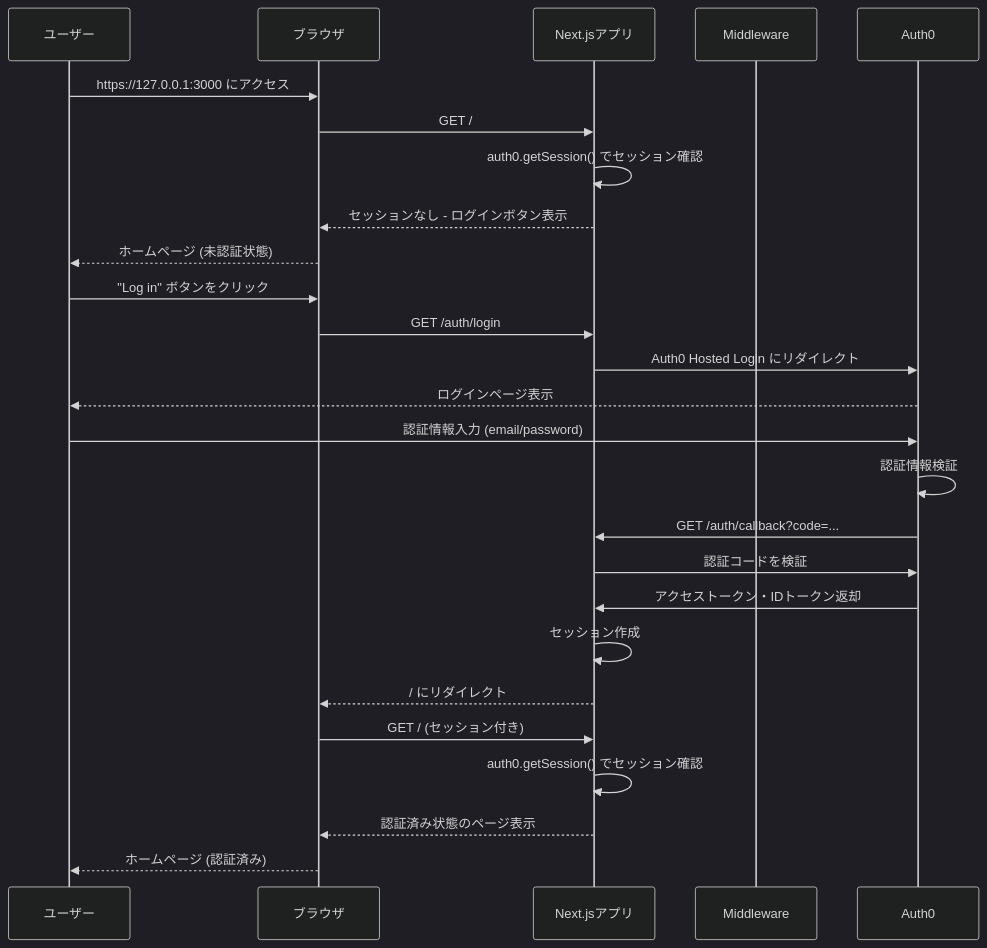
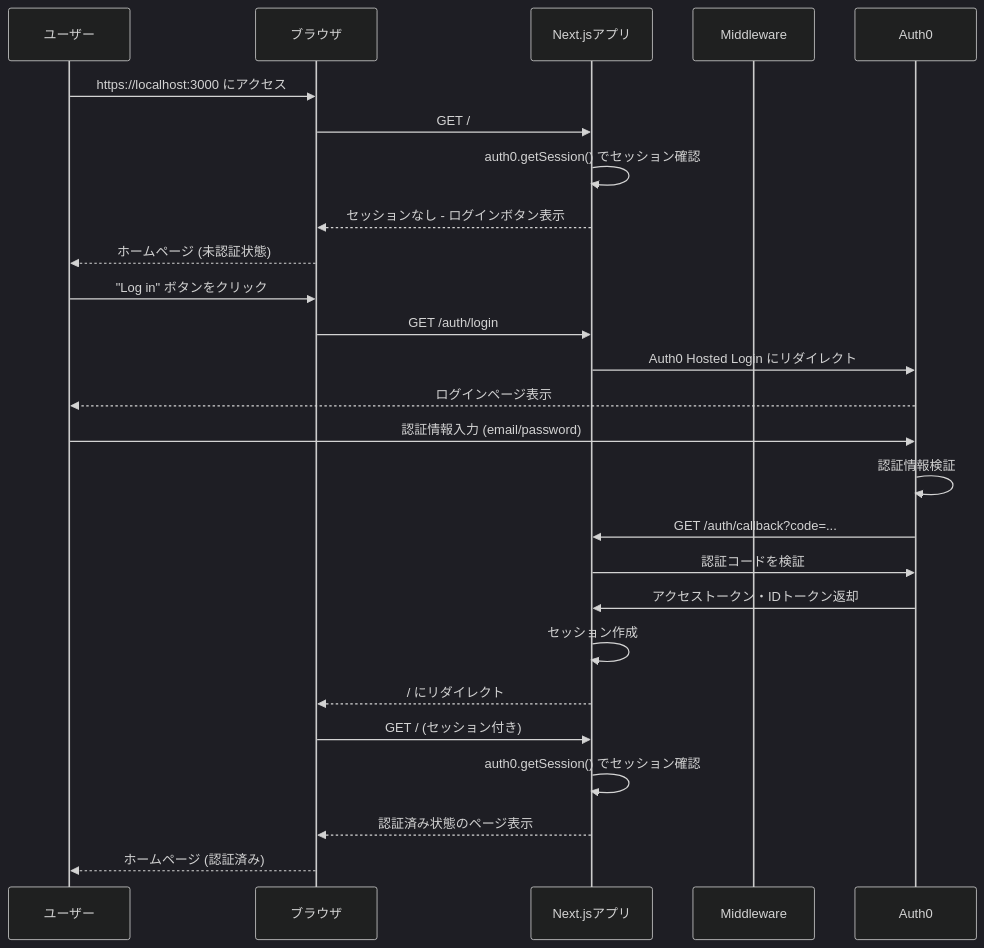
Before and after one commit to shunta27/auth0-poc-1: the first of 4 diagrams in .docs/user-registration-flow.md, drawn with Mermaid (dark theme). The commit also changed other lines of this file and 3 other files, not shown here.

````diff
--- a/.docs/user-registration-flow.md
+++ b/.docs/user-registration-flow.md
@@ -9,32 +9,32 @@
 ```mermaid
 sequenceDiagram
     participant U as ユーザー
     participant B as ブラウザ
     participant A as Next.jsアプリ
     participant M as Middleware
     participant AUTH as Auth0
-    
-    U->>B: https://127.0.0.1:3000 にアクセス
+
+    U->>B: https://localhost:3000 にアクセス
     B->>A: GET /
     A->>A: auth0.getSession() でセッション確認
     A-->>B: セッションなし - ログインボタン表示
     B-->>U: ホームページ (未認証状態)
-    
+
     U->>B: "Log in" ボタンをクリック
     B->>A: GET /auth/login
     A->>AUTH: Auth0 Hosted Login にリダイレクト
     AUTH-->>U: ログインページ表示
-    
+
     U->>AUTH: 認証情報入力 (email/password)
     AUTH->>AUTH: 認証情報検証
     AUTH->>A: GET /auth/callback?code=...
     A->>AUTH: 認証コードを検証
     AUTH->>A: アクセストークン・IDトークン返却
     A->>A: セッション作成
     A-->>B: / にリダイレクト
-    
+
     B->>A: GET / (セッション付き)
     A->>A: auth0.getSession() でセッション確認
     A-->>B: 認証済み状態のページ表示
     B-->>U: ホームページ (認証済み)
 ```
````
